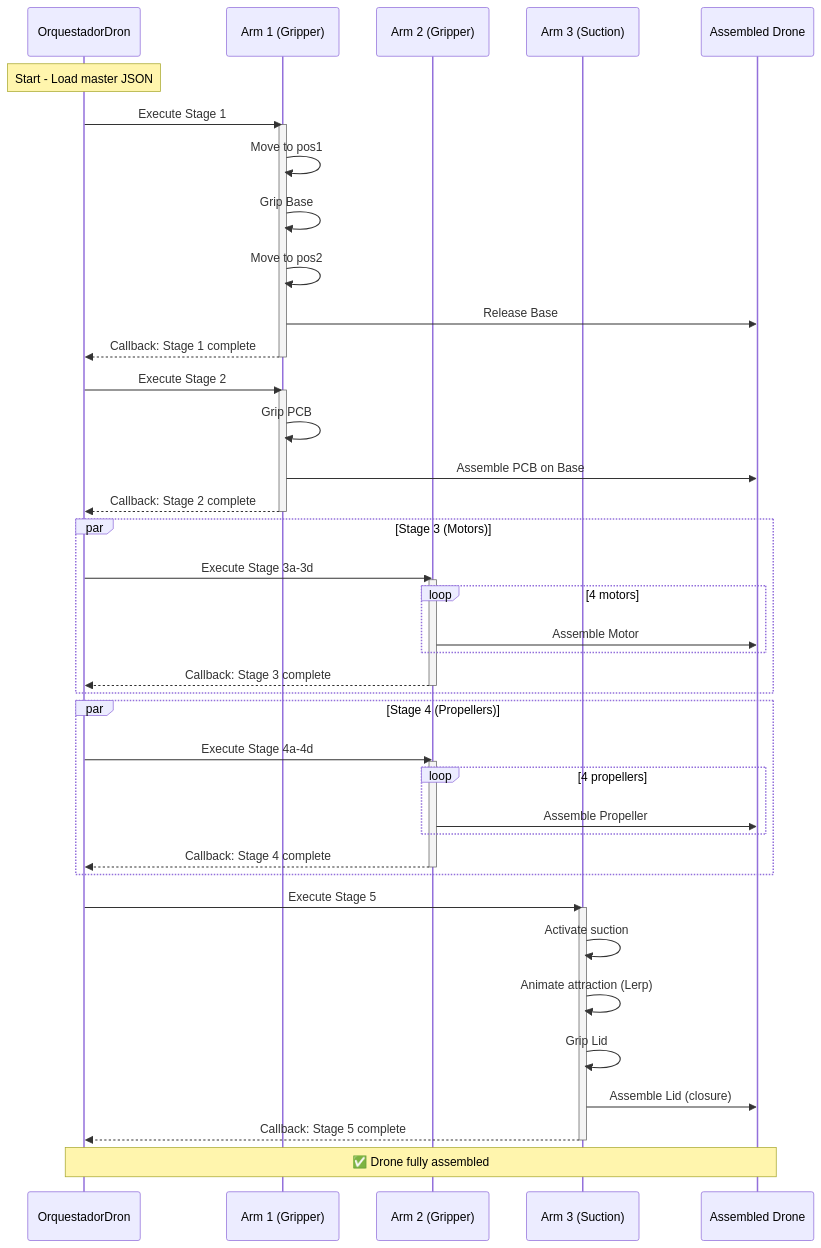
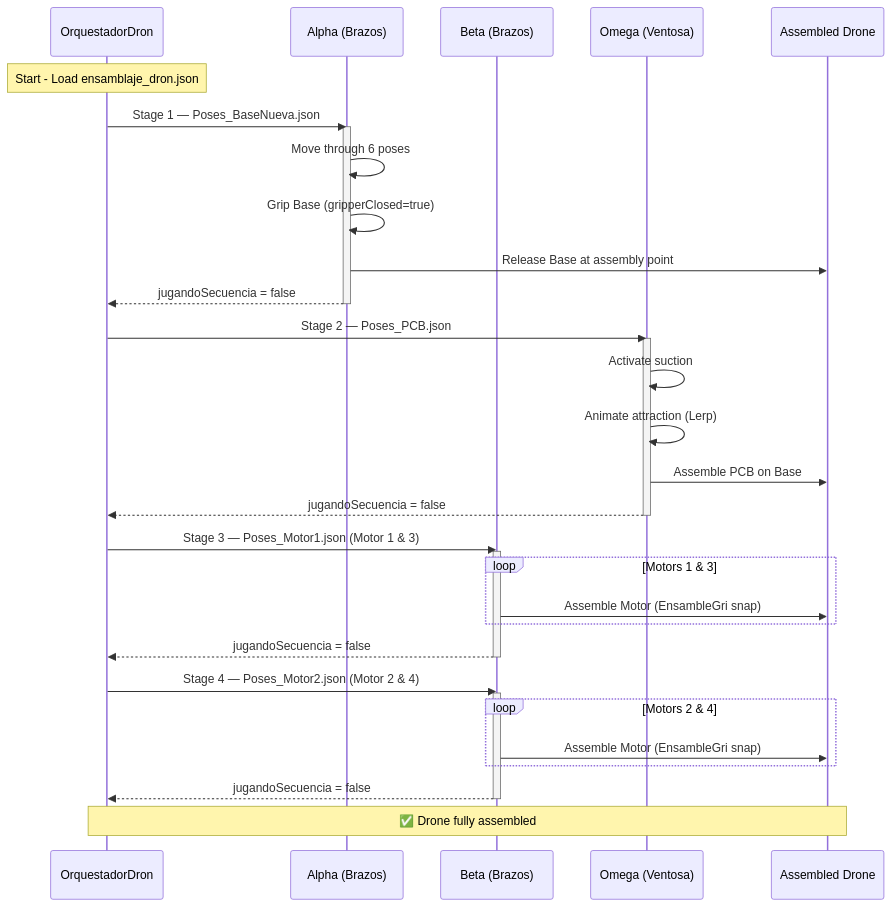
One commit to jorgefajardom-coder/drone-packaging-simulation-unity changed the second of 6 diagrams in README.md. Above: the diagram before and after it, drawn with Mermaid. The commit also changed other lines of this file, not shown here.

````diff
--- a/README.md
+++ b/README.md
@@ -148,57 +160,44 @@
 ```mermaid
 sequenceDiagram
     participant O as OrquestadorDron
-    participant B1 as Arm 1 (Gripper)
-    participant B2 as Arm 2 (Gripper)
-    participant B3 as Arm 3 (Suction)
+    participant A as Alpha (Brazos)
+    participant B as Beta (Brazos)
+    participant W as Omega (Ventosa)
     participant D as Assembled Drone
     
-    Note over O: Start - Load master JSON
+    Note over O: Start - Load ensamblaje_dron.json
     
-    O->>B1: Execute Stage 1
-    activate B1
-    B1->>B1: Move to pos1
-    B1->>B1: Grip Base
-    B1->>B1: Move to pos2
-    B1->>D: Release Base
-    B1-->>O: Callback: Stage 1 complete
-    deactivate B1
+    O->>A: Stage 1 — Poses_BaseNueva.json
+    activate A
+    A->>A: Move through 6 poses
+    A->>A: Grip Base (gripperClosed=true)
+    A->>D: Release Base at assembly point
+    A-->>O: jugandoSecuencia = false
+    deactivate A
     
-    O->>B1: Execute Stage 2
-    activate B1
-    B1->>B1: Grip PCB
-    B1->>D: Assemble PCB on Base
-    B1-->>O: Callback: Stage 2 complete
-    deactivate B1
+    O->>W: Stage 2 — Poses_PCB.json
+    activate W
+    W->>W: Activate suction
+    W->>W: Animate attraction (Lerp)
+    W->>D: Assemble PCB on Base
+    W-->>O: jugandoSecuencia = false
+    deactivate W
     
-    par Stage 3 (Motors)
-        O->>B2: Execute Stage 3a-3d
-        activate B2
-        loop 4 motors
-            B2->>D: Assemble Motor
-        end
-        B2-->>O: Callback: Stage 3 complete
-        deactivate B2
+    O->>B: Stage 3 — Poses_Motor1.json (Motor 1 & 3)
+    activate B
+    loop Motors 1 & 3
+        B->>D: Assemble Motor (EnsambleGri snap)
     end
+    B-->>O: jugandoSecuencia = false
+    deactivate B
     
-    par Stage 4 (Propellers)
-        O->>B2: Execute Stage 4a-4d
-        activate B2
-        loop 4 propellers
-            B2->>D: Assemble Propeller
-        end
-        B2-->>O: Callback: Stage 4 complete
-        deactivate B2
+    O->>B: Stage 4 — Poses_Motor2.json (Motor 2 & 4)
+    activate B
+    loop Motors 2 & 4
+        B->>D: Assemble Motor (EnsambleGri snap)
     end
-    
-    O->>B3: Execute Stage 5
-    activate B3
-    B3->>B3: Activate suction
-    B3->>B3: Animate attraction (Lerp)
-    B3->>B3: Grip Lid
-    B3->>D: Assemble Lid (closure)
-    B3-->>O: Callback: Stage 5 complete
-    deactivate B3
+    B-->>O: jugandoSecuencia = false
+    deactivate B
     
     Note over O,D: ✅ Drone fully assembled
 ```
````
